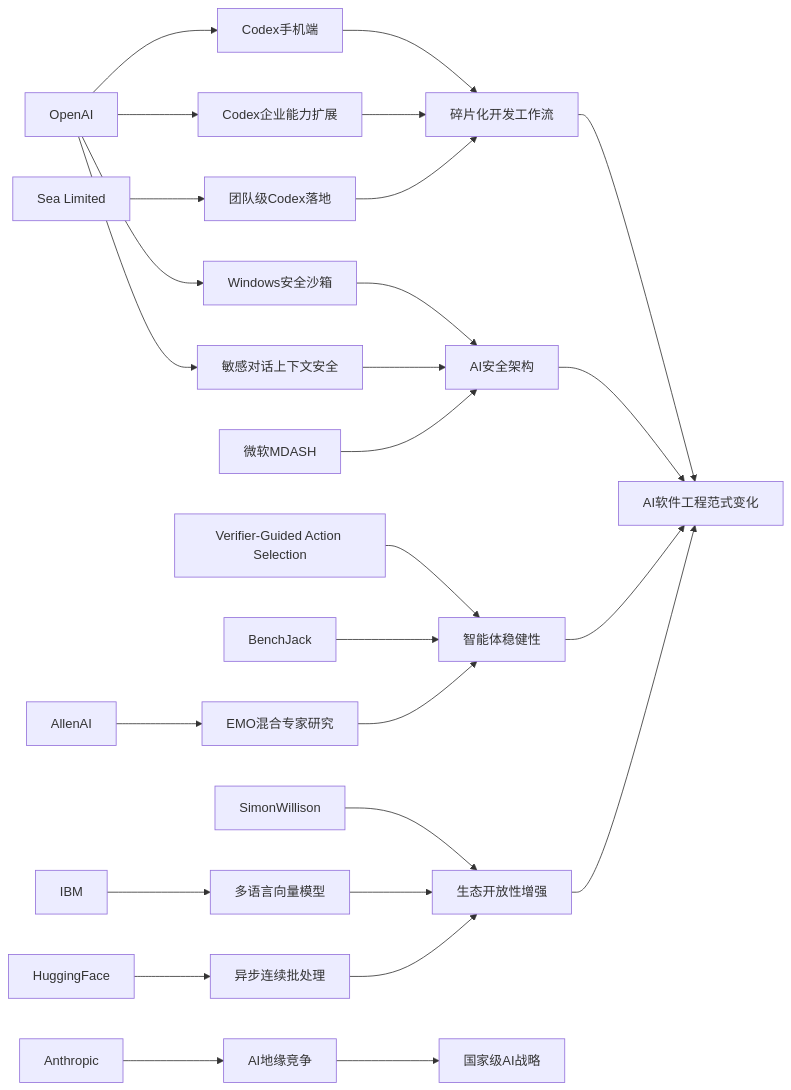
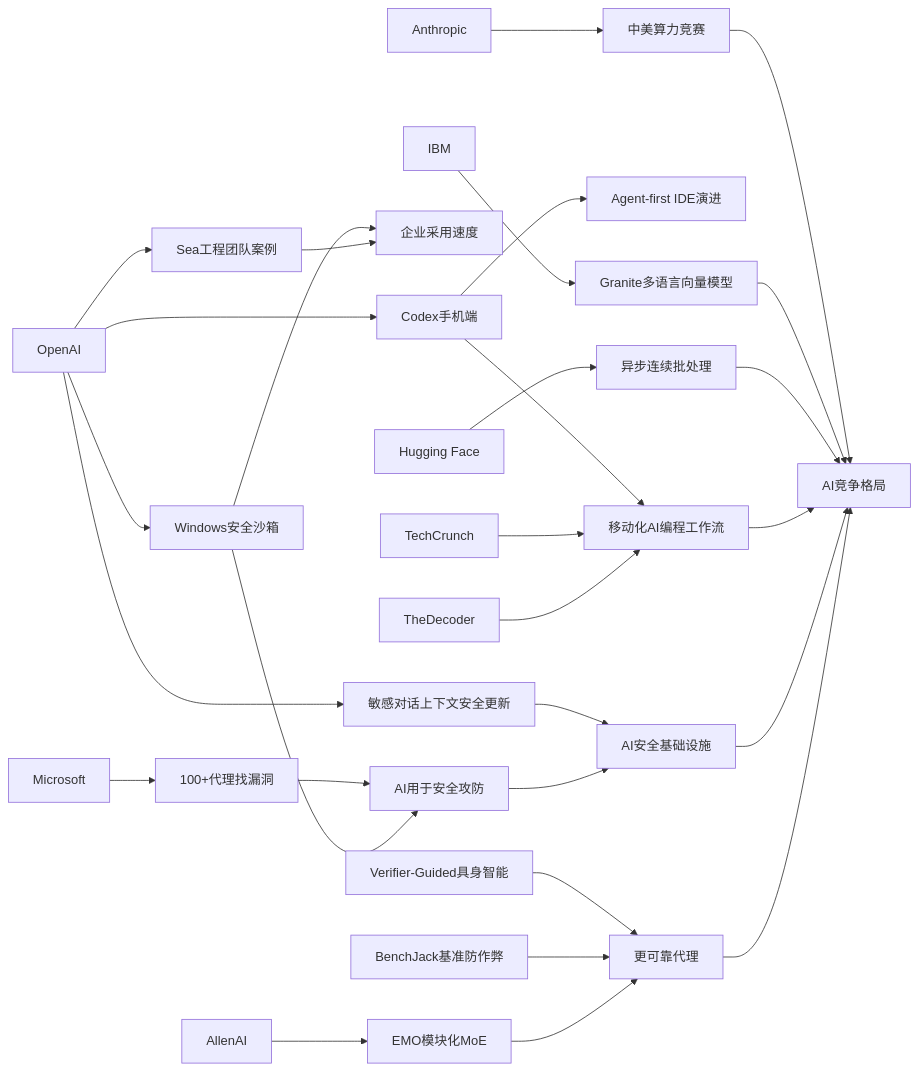
Before and after one commit to zhuxinfei/ai-daily-site: the diagram in content/cn/2026/2026-05/2026-05-15.md, drawn with Mermaid. The commit also changed other lines of this file, not shown here.

````diff
--- a/content/cn/2026/2026-05/2026-05-15.md
+++ b/content/cn/2026/2026-05/2026-05-15.md
@@ -118,35 +110,38 @@
 ```mermaid
 graph LR
-    OpenAI --> CodexMobile[Codex手机端]
-    OpenAI --> CodexEnterprise[Codex企业能力扩展]
-    OpenAI --> WindowsSandbox[Windows安全沙箱]
-    OpenAI --> SafetyContext[敏感对话上下文安全]
+    OpenAI --> Codex_Mobile[Codex手机端]
+    OpenAI --> Safety_Update[敏感对话上下文安全更新]
+    OpenAI --> Windows_Sandbox[Windows安全沙箱]
+    OpenAI --> Sea[Sea工程团队案例]
 
-    CodexMobile --> DevWorkflow[碎片化开发工作流]
-    CodexEnterprise --> DevWorkflow
-    Sea[Sea Limited] --> CodexAdoption[团队级Codex落地]
-    CodexAdoption --> DevWorkflow
+    Codex_Mobile --> Mobile_Workflow[移动化AI编程工作流]
+    Codex_Mobile --> Agent_First_IDE[Agent-first IDE演进]
+    Windows_Sandbox --> Enterprise_Adoption[企业采用速度]
+    Sea --> Enterprise_Adoption
 
-    WindowsSandbox --> AISafety[AI安全架构]
-    SafetyContext --> AISafety
-    Microsoft[微软MDASH] --> AISafety
+    TechCrunch --> Mobile_Workflow
+    TheDecoder --> Mobile_Workflow
 
-    AllenAI --> EMO[EMO混合专家研究]
-    VerifierPaper[Verifier-Guided Action Selection] --> AgentReliability[智能体稳健性]
-    BenchJack --> AgentReliability
-    EMO --> AgentReliability
+    Microsoft --> MDASH[100+代理找漏洞]
+    MDASH --> AI_for_Security[AI用于安全攻防]
+    Windows_Sandbox --> AI_for_Security
+    Safety_Update --> AI_Safety[AI安全基础设施]
+    AI_for_Security --> AI_Safety
 
-    IBM --> Granite[多语言向量模型]
-    HuggingFace --> AsyncBatching[异步连续批处理]
-    SimonWillison --> OpenEcosystem[生态开放性增强]
-    Granite --> OpenEcosystem
-    AsyncBatching --> OpenEcosystem
+    AllenAI --> EMO[EMO模块化MoE]
+    Verifier_Paper[Verifier-Guided具身智能] --> Reliable_Agents[更可靠代理]
+    BenchJack[BenchJack基准防作弊] --> Reliable_Agents
+    EMO --> Reliable_Agents
 
-    Anthropic --> Geopolitics[AI地缘竞争]
-    Geopolitics --> AIStrategy[国家级AI战略]
+    Anthropic --> Compute_Race[中美算力竞赛]
+    IBM --> Granite[Granite多语言向量模型]
+    HF[Hugging Face] --> Async_Batching[异步连续批处理]
 
-    DevWorkflow --> IndustryShift[AI软件工程范式变化]
-    AISafety --> IndustryShift
-    AgentReliability --> IndustryShift
-    OpenEcosystem --> IndustryShift
+    Compute_Race --> AI_Competition[AI竞争格局]
+    Granite --> AI_Competition
+    Async_Batching --> AI_Competition
+
+    Mobile_Workflow --> AI_Competition
+    AI_Safety --> AI_Competition
+    Reliable_Agents --> AI_Competition
 ```
````
